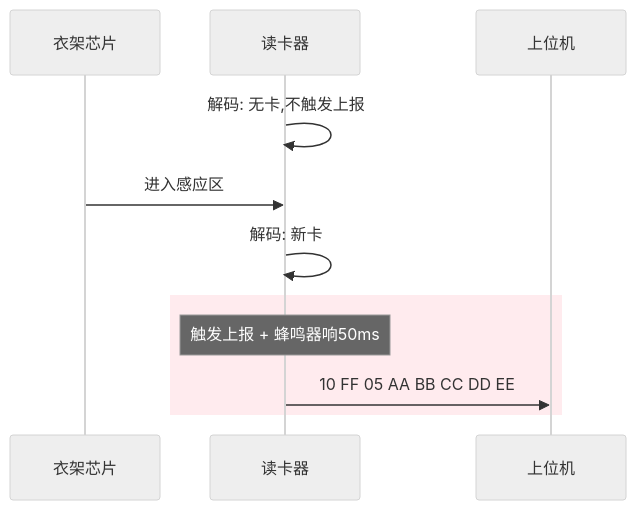
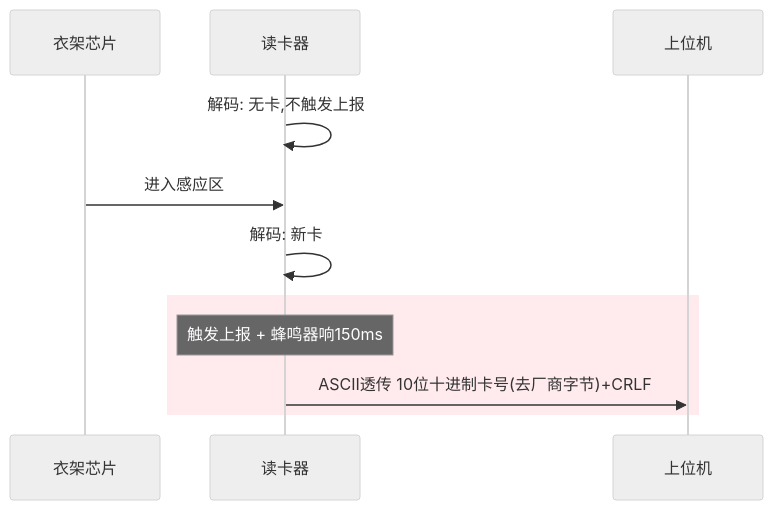
Before and after one commit to Siaiai/ObsidianNote: the fifth of 8 diagrams in 工作/[[SR3读卡器]]/260804SR3框架整理.md, drawn with Mermaid (neutral theme). The commit also changed other lines of this file and 3 other files, not shown here.

````diff
--- a/工作/[[SR3读卡器]]/260804SR3框架整理.md
+++ b/工作/[[SR3读卡器]]/260804SR3框架整理.md
@@ -278,15 +275,15 @@
 ```mermaid
 sequenceDiagram
     participant 衣架芯片
     participant 读卡器
     participant 上位机
 
     读卡器->>读卡器: 解码: 无卡,不触发上报
     衣架芯片->>读卡器: 进入感应区
     读卡器->>读卡器: 解码: 新卡
 
     rect rgb(255, 235, 238)
-        Note over 读卡器: 触发上报 + 蜂鸣器响50ms
-        读卡器->>上位机: 10 FF 05 AA BB CC DD EE
+        Note over 读卡器: 触发上报 + 蜂鸣器响150ms
+        读卡器->>上位机: ASCII透传 10位十进制卡号(去厂商字节)+CRLF
     end
 ```
````
